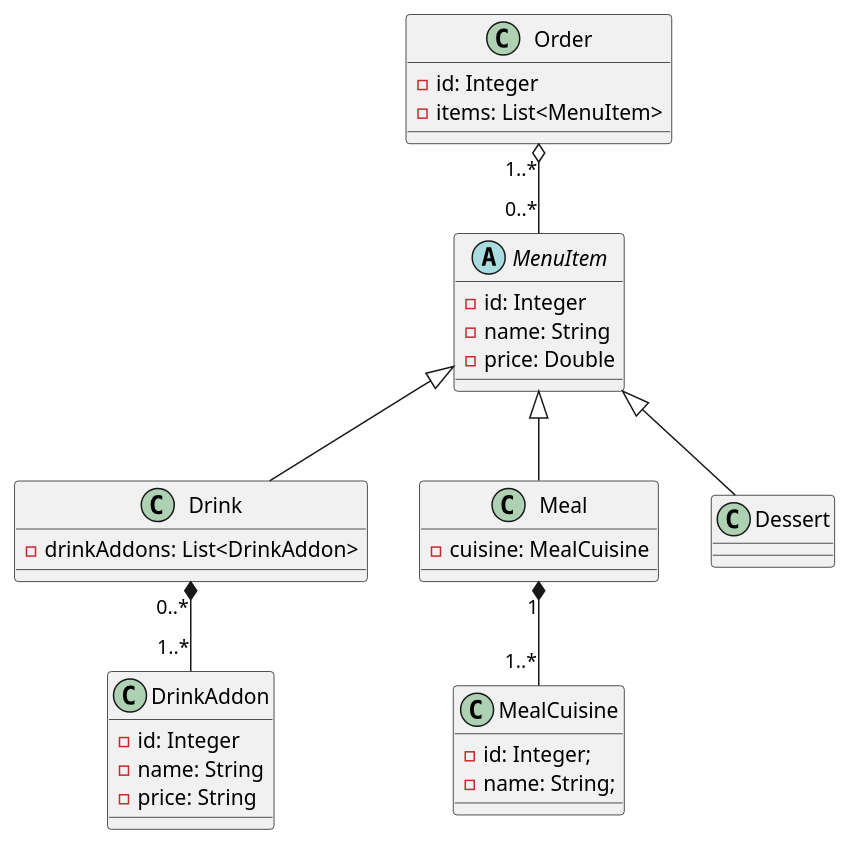
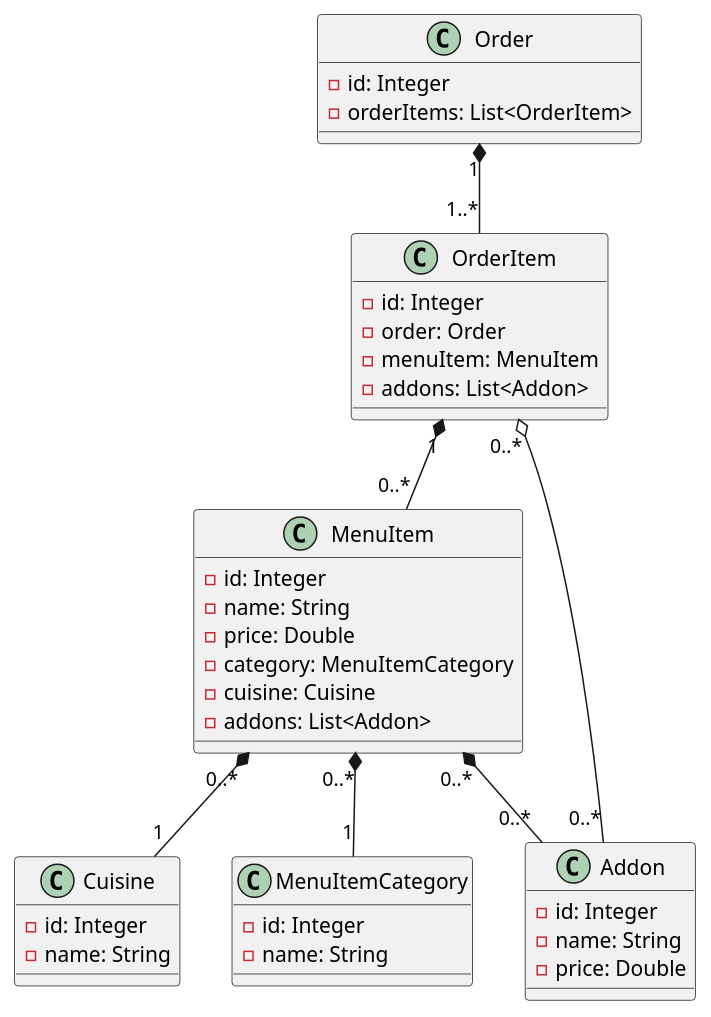
One commit to Panic7/food-ordering-system changed the diagram in class-diagam.puml. Above: the diagram before and after it, drawn with PlantUML. The commit also changed 19 other files, not shown here.

```diff
--- a/class-diagam.puml
+++ b/class-diagam.puml
@@ -1,38 +1,45 @@
 @startuml
-abstract class MenuItem {
+class MenuItem {
+    -id: Integer
+    -name: String
+    -price: Double
+    -category: MenuItemCategory
+    -cuisine: Cuisine
+    -addons: List<Addon>
+}
+
+class Cuisine {
+    -id: Integer
+    -name: String
+}
+
+class MenuItemCategory {
+    -id: Integer
+    -name: String
+}
+
+class Addon {
     -id: Integer
     -name: String
     -price: Double
 }
 
-class Drink extends MenuItem {
-    -drinkAddons: List<DrinkAddon>
+class Order {
+    -id: Integer
+    -orderItems: List<OrderItem>
 }
 
-class Meal extends MenuItem {
-    -cuisine: MealCuisine
+class OrderItem {
+    -id: Integer
+    -order: Order
+    -menuItem: MenuItem
+    -addons: List<Addon>
 }
 
-class Dessert extends MenuItem {
-}
-
-class DrinkAddon {
-    -id: Integer
-    -name: String
-    -price: String
-}
-
-class MealCuisine {
-    -id: Integer;
-    -name: String;
-}
-
-class Order {
-    -id: Integer
-    -items: List<MenuItem>
-}
-
-Order "1..*" o-- "0..*" MenuItem
-Meal "1" *-- "1..*" MealCuisine
-Drink "0..*" *-- "1..*" DrinkAddon
+Order "1" *-- "1..*" OrderItem
+OrderItem "1" *-- "0..*" MenuItem
+OrderItem "0..*" o-- "0..*" Addon
+MenuItem "0..*" *-- "0..*" Addon
+MenuItem "0..*" *-- "1" MenuItemCategory
+MenuItem "0..*" *-- "1" Cuisine
 @enduml
```
